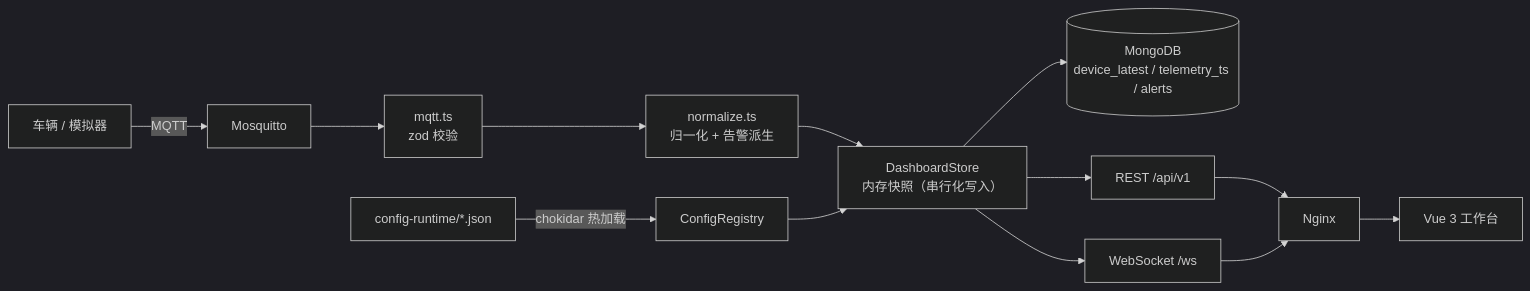
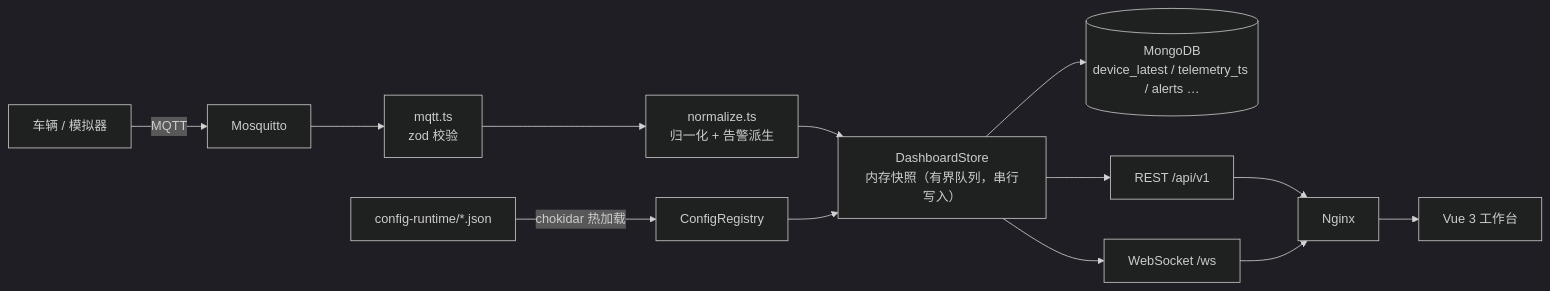
One commit to yezhoufan2005/NavFleet changed the diagram in README.md. Above: the diagram before and after it, drawn with Mermaid (dark theme). The commit also changed other lines of this file and 12 other files, not shown here.

First line of the commit message:
docs: 重写 README —— 结构化系统性说明 + 界面截图

````diff
--- a/README.md
+++ b/README.md
@@ -77,15 +102,15 @@
 ```mermaid
 flowchart LR
   Vehicle["车辆 / 模拟器"] -->|MQTT| Broker["Mosquitto"]
   Broker --> Ingest["mqtt.ts<br/>zod 校验"]
   Ingest --> Normalize["normalize.ts<br/>归一化 + 告警派生"]
-  Normalize --> Store["DashboardStore<br/>内存快照（串行化写入）"]
-  Store --> Mongo[("MongoDB<br/>device_latest / telemetry_ts / alerts")]
+  Normalize --> Store["DashboardStore<br/>内存快照（有界队列，串行写入）"]
+  Store --> Mongo[("MongoDB<br/>device_latest / telemetry_ts / alerts …")]
   Config["config-runtime/*.json"] -->|chokidar 热加载| Registry["ConfigRegistry"]
   Registry --> Store
   Store --> Rest["REST /api/v1"]
   Store --> Ws["WebSocket /ws"]
   Rest --> Nginx["Nginx"]
   Ws --> Nginx
   Nginx --> Frontend["Vue 3 工作台"]
 ```
````
